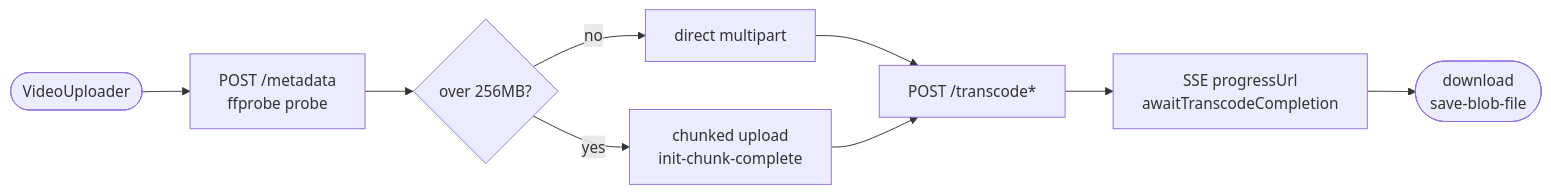
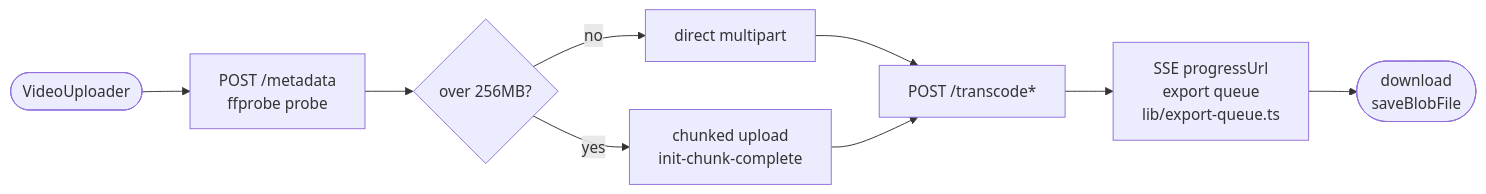
The third of 5 diagrams in README.md (Iipal/ffmpego_editor), drawn with Mermaid before and after one commit. The commit also changed 37 other files, not shown here.

Commit message:
feat: non-blocking export queue — fire-and-forget exports via ExportQueue service, QueueDock + nav badge, bulk submits all at once

````diff
--- a/README.md
+++ b/README.md
@@ -71,11 +71,11 @@
 ```mermaid
 flowchart LR
     Pick([VideoUploader]) --> Meta[POST /metadata<br/>ffprobe probe]
     Meta --> Big{over 256MB?}
     Big -- no --> Form[direct multipart]
     Big -- yes --> Up[chunked upload<br/>init-chunk-complete]
     Form --> TR[POST /transcode*]
     Up --> TR
-    TR --> SSE[SSE progressUrl<br/>awaitTranscodeCompletion]
-    SSE --> Save([download<br/>save-blob-file])
+    TR --> SSE[SSE progressUrl<br/>export queue<br/>lib/export-queue.ts]
+    SSE --> Save([download<br/>saveBlobFile])
 ```
````
